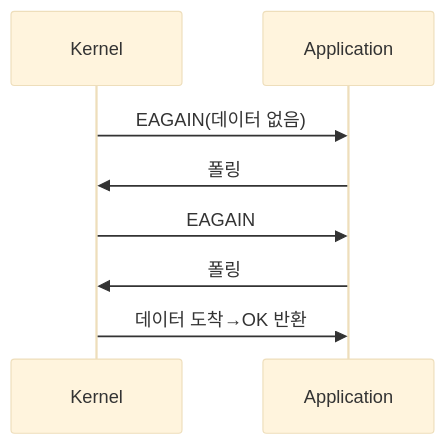
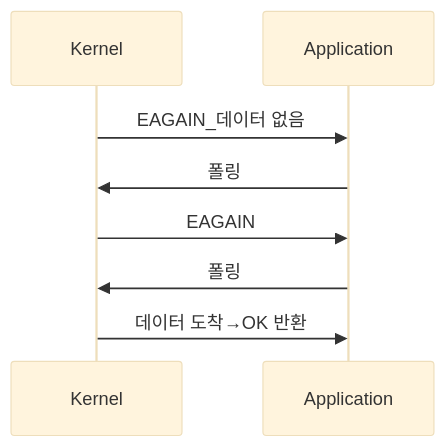
One commit to yjkim2015/yjkim2015.github.io changed the sixth of 9 diagrams in _posts/server/2026-05-01-sync-async-block-nonblock.md. Above: the diagram before and after it, drawn with Mermaid (base theme). The commit also changed other lines of this file and 85 other files, not shown here.

First line of the commit message:
sequenceDiagram 문법 에러 2차 수정 169개 (86파일)

````diff
--- a/_posts/server/2026-05-01-sync-async-block-nonblock.md
+++ b/_posts/server/2026-05-01-sync-async-block-nonblock.md
@@ -280,8 +280,8 @@
 ```mermaid
 sequenceDiagram
-    Kernel->>Application: EAGAIN(데이터 없음)
+    Kernel->>Application: EAGAIN_데이터 없음
     Application->>Kernel: 폴링
     Kernel->>Application: EAGAIN
     Application->>Kernel: 폴링
     Kernel->>Application: 데이터 도착→OK 반환
 ```
````
